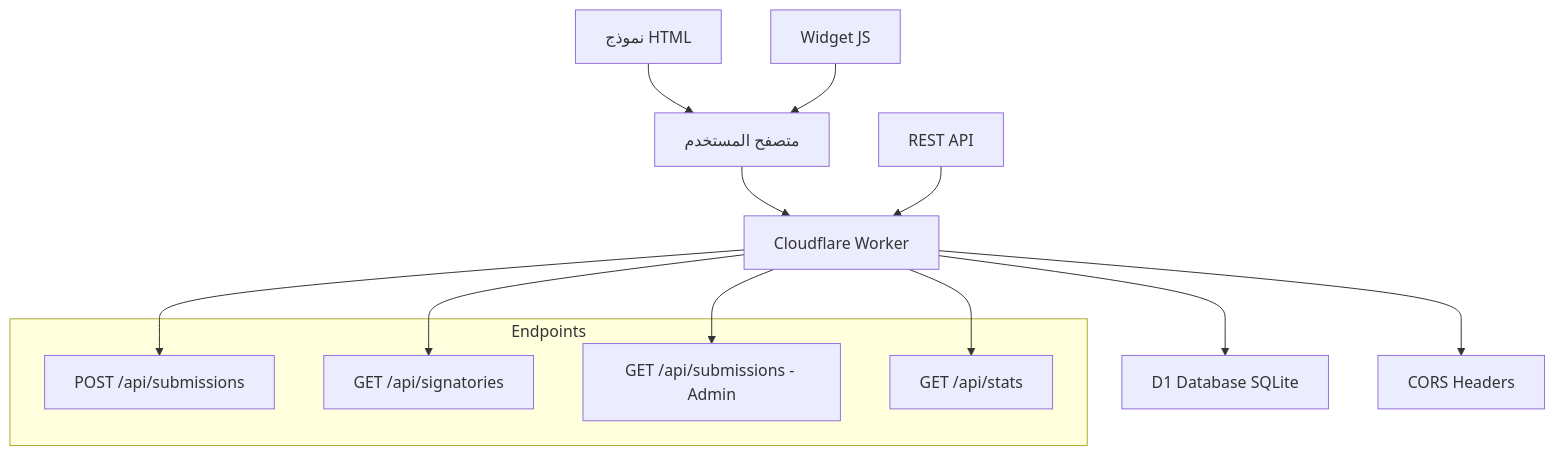
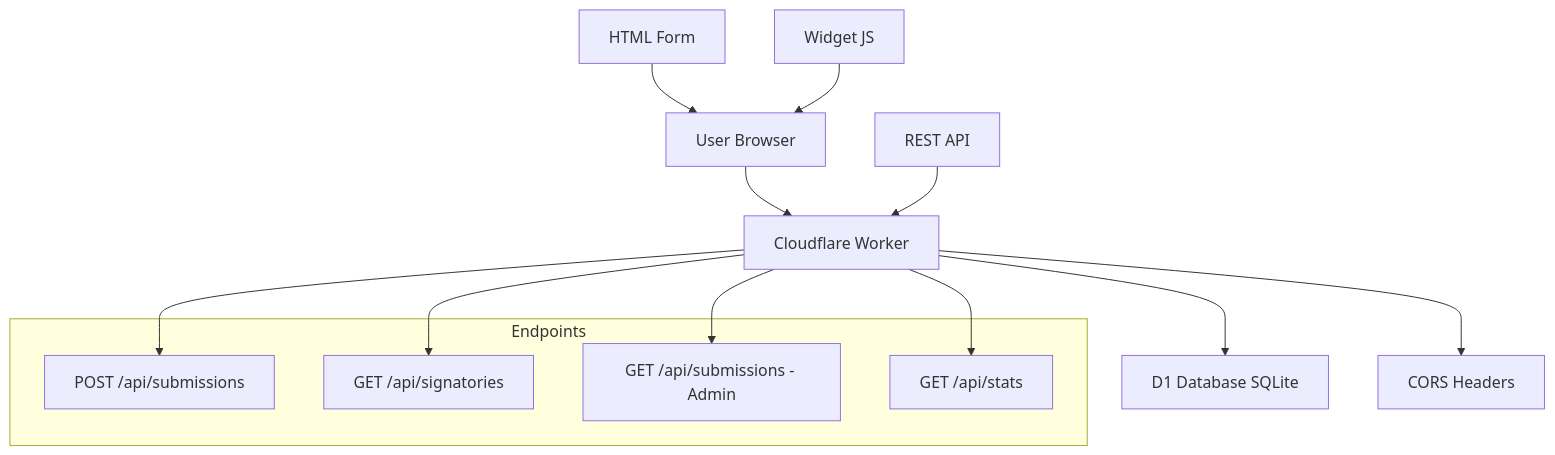
Before and after one commit to Tarek-g/form-cf: the diagram in README.md, drawn with Mermaid. The commit also changed other lines of this file and 9 other files, not shown here.

````diff
--- a/README.md
+++ b/README.md
@@ -22,21 +22,21 @@
 ```mermaid
 graph TB
-    A[متصفح المستخدم] --> B[Cloudflare Worker]
+    A[User Browser] --> B[Cloudflare Worker]
     B --> C[D1 Database SQLite]
     B --> D[CORS Headers]
-    E[نموذج HTML] --> A
+    E[HTML Form] --> A
     F[Widget JS] --> A
     G[REST API] --> B
     
     subgraph "Endpoints"
         H[POST /api/submissions]
         I[GET /api/signatories]
         J[GET /api/submissions - Admin]
         K[GET /api/stats]
     end
     
     B --> H
     B --> I  
     B --> J
     B --> K
 ```
````
